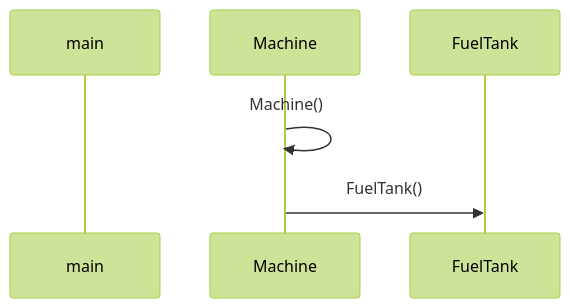
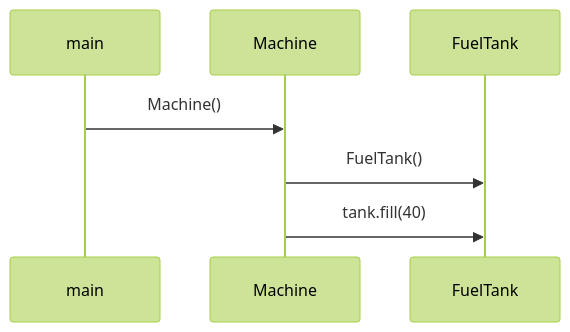
The diagram in laskarit/viikko3/sekvenssikaavio_moottori.md (brotholi/ot-harjoitustyo), drawn with Mermaid (forest theme) before and after one commit.

````diff
--- a/laskarit/viikko3/sekvenssikaavio_moottori.md
+++ b/laskarit/viikko3/sekvenssikaavio_moottori.md
@@ -3,8 +3,11 @@
 ```mermaid
 sequenceDiagram
   participant main
   participant Machine
   participant FuelTank
-  Machine->>Machine: Machine() 
+  main->>Machine: Machine() 
   Machine->>FuelTank: FuelTank()
+  Machine->>FuelTank: tank.fill(40)
+  
+  
 ```
````
